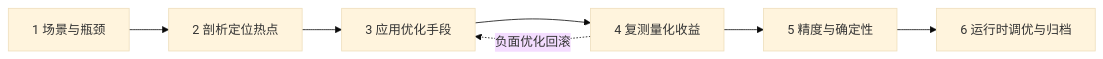
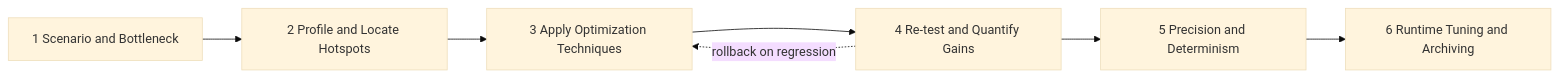
The diagram in README_EN.md (Kirky-X/ouyezi), drawn with Mermaid (base theme) before and after one commit. The commit also changed other lines of this file and 2 other files, not shown here.

````diff
--- a/README_EN.md
+++ b/README_EN.md
@@ -19,5 +19,5 @@
 ```mermaid
 flowchart LR
-    S1[1 场景与瓶颈] --> S2[2 剖析定位热点] --> S3[3 应用优化手段] --> S4[4 复测量化收益] --> S5[5 精度与确定性] --> S6[6 运行时调优与归档]
-    S4 -.负面优化回滚.-> S3
+    S1[1 Scenario and Bottleneck] --> S2[2 Profile and Locate Hotspots] --> S3[3 Apply Optimization Techniques] --> S4[4 Re-test and Quantify Gains] --> S5[5 Precision and Determinism] --> S6[6 Runtime Tuning and Archiving]
+    S4 -. rollback on regression .-> S3
 ```
````
